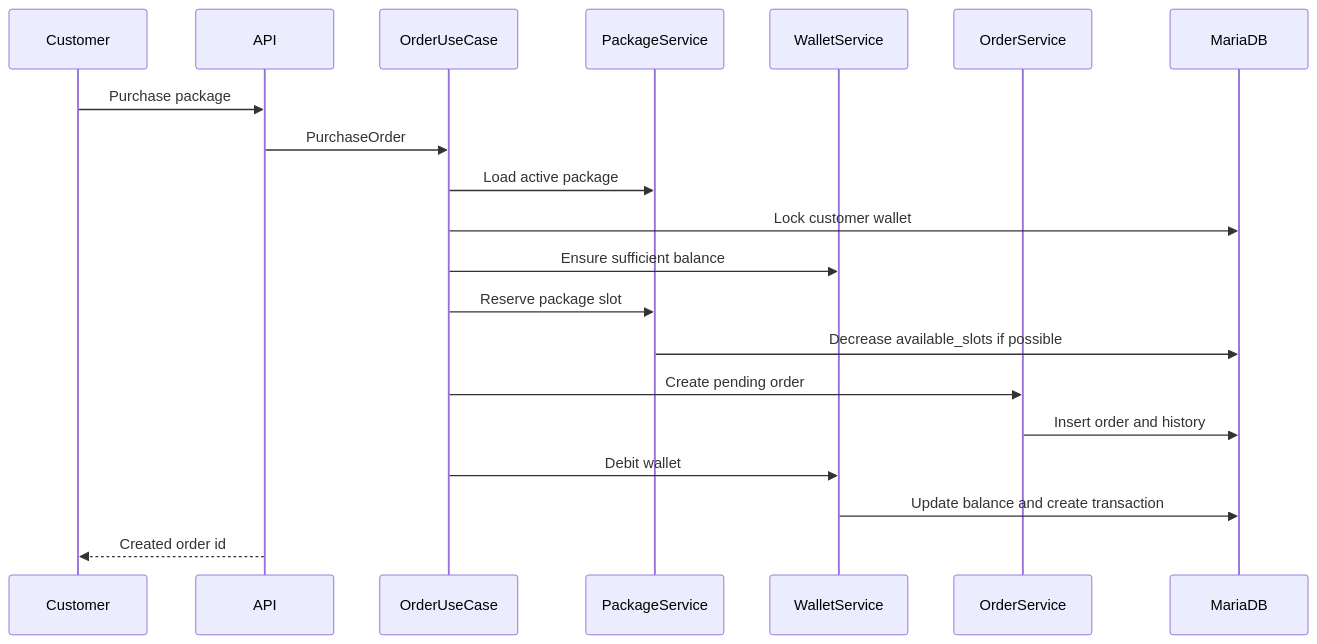
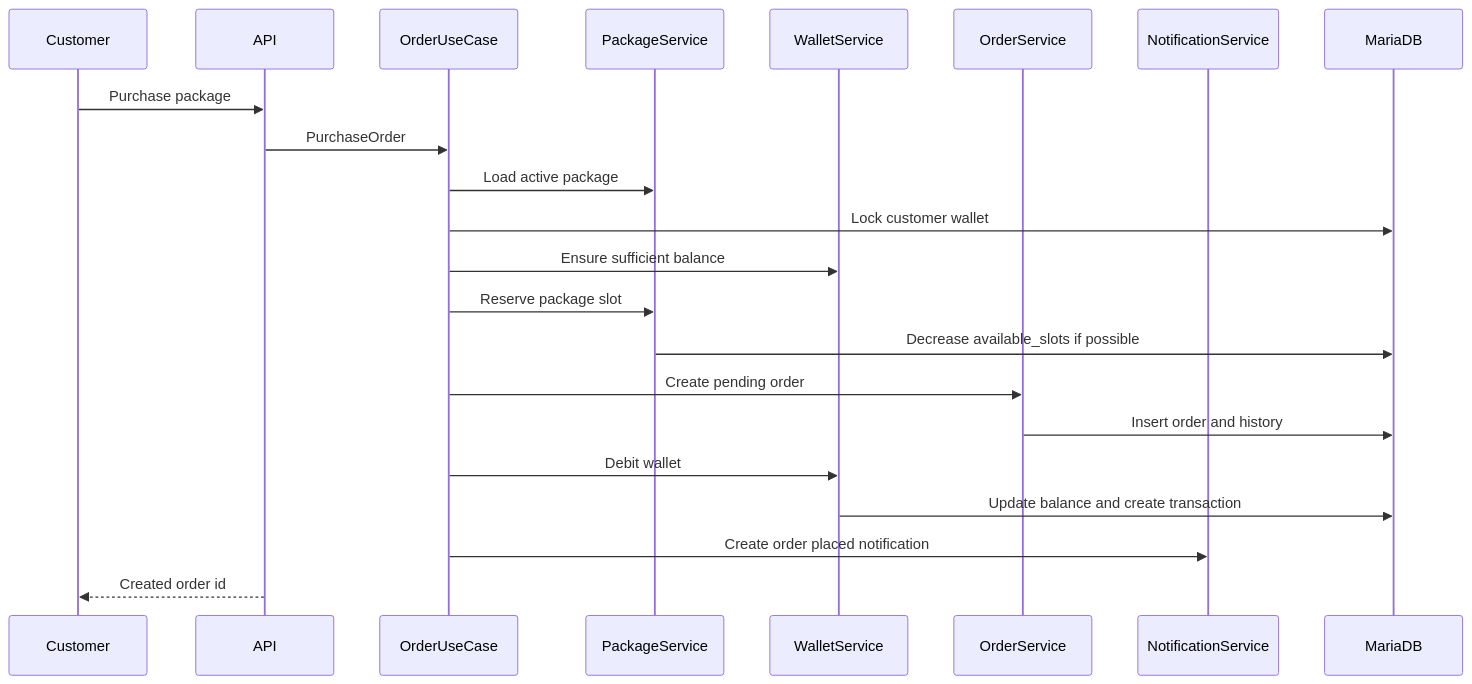
The fifth of 7 diagrams in docs/core-workflows.md (MinhKhoa05/gametopup), drawn with Mermaid before and after one commit. The commit also changed other lines of this file and 16 other files, not shown here.

````diff
--- a/docs/core-workflows.md
+++ b/docs/core-workflows.md
@@ -124,23 +135,25 @@
 ```mermaid
 sequenceDiagram
     participant Customer
     participant API
     participant UseCase as OrderUseCase
     participant Package as PackageService
     participant Wallet as WalletService
     participant Order as OrderService
+    participant Notify as NotificationService
     participant DB as MariaDB
 
     Customer->>API: Purchase package
     API->>UseCase: PurchaseOrder
     UseCase->>Package: Load active package
     UseCase->>DB: Lock customer wallet
     UseCase->>Wallet: Ensure sufficient balance
     UseCase->>Package: Reserve package slot
     Package->>DB: Decrease available_slots if possible
     UseCase->>Order: Create pending order
     Order->>DB: Insert order and history
     UseCase->>Wallet: Debit wallet
     Wallet->>DB: Update balance and create transaction
+    UseCase->>Notify: Create order placed notification
     API-->>Customer: Created order id
 ```
````
